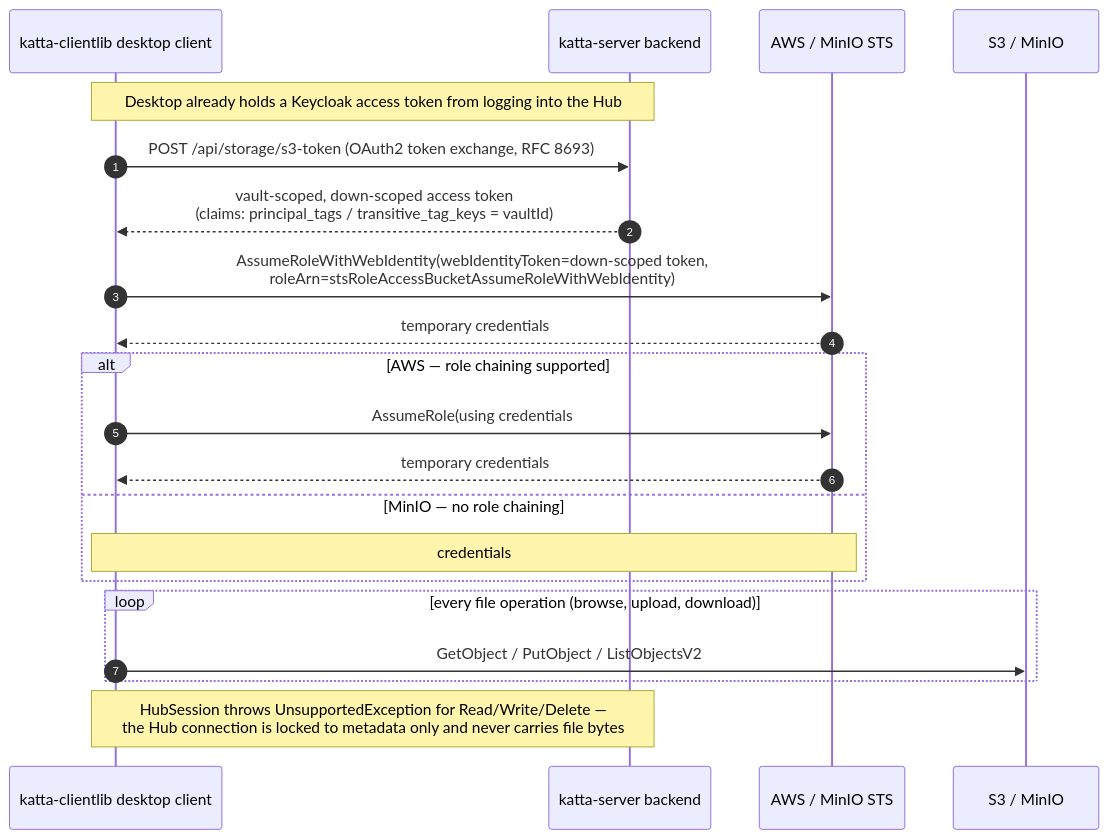
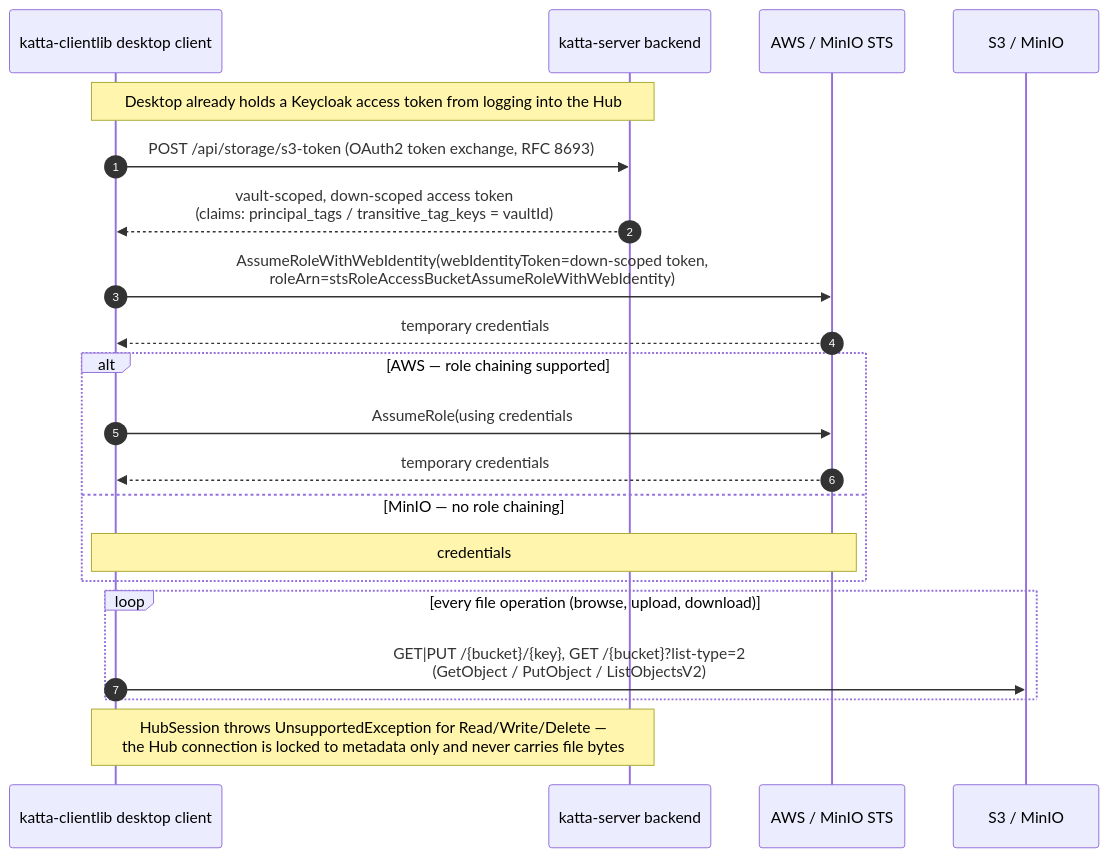
One commit to shift7-ch/katta-clientlib changed the fifth of 6 diagrams in docs/s3_interactions.md. Above: the diagram before and after it, drawn with Mermaid. The commit also changed other lines of this file, not shown here.

First line of the commit message:
Add HTTP verb + REST endpoint labels to s3_interactions.md diagrams

````diff
--- a/docs/s3_interactions.md
+++ b/docs/s3_interactions.md
@@ -161,23 +161,23 @@
 ```mermaid
 sequenceDiagram
     autonumber
     participant Desktop as katta-clientlib desktop client
     participant HubBackend as katta-server backend
     participant STS as AWS / MinIO STS
     participant S3 as S3 / MinIO
     Note over Desktop, HubBackend: Desktop already holds a Keycloak access token from logging into the Hub
     Desktop ->> HubBackend: POST /api/storage/s3-token (OAuth2 token exchange, RFC 8693)
     HubBackend -->> Desktop: vault-scoped, down-scoped access token<br/>(claims: principal_tags / transitive_tag_keys = vaultId)
     Desktop ->> STS: AssumeRoleWithWebIdentity(webIdentityToken=down-scoped token,<br/>roleArn=stsRoleAccessBucketAssumeRoleWithWebIdentity)
     STS -->> Desktop: temporary credentials#1
     alt AWS — role chaining supported
         Desktop ->> STS: AssumeRole(using credentials#1,<br/>roleArn=stsRoleAccessBucketAssumeRoleTaggedSession, sessionTag=Vault:vaultId)
         STS -->> Desktop: temporary credentials#2<br/>(bucket-scoped via a PrincipalTag/Vault trust condition)
     else MinIO — no role chaining
         Note over Desktop, STS: credentials#1 are used directly,<br/>per-vault scoping instead comes from the ${jwt:client_id} policy variable
     end
     loop every file operation (browse, upload, download)
-        Desktop ->> S3: GetObject / PutObject / ListObjectsV2
+        Desktop ->> S3: GET|PUT /{bucket}/{key}, GET /{bucket}?list-type=2<br/>(GetObject / PutObject / ListObjectsV2)
     end
     Note over Desktop, HubBackend: HubSession throws UnsupportedException for Read/Write/Delete —<br/>the Hub connection is locked to metadata only and never carries file bytes
 ```
````
